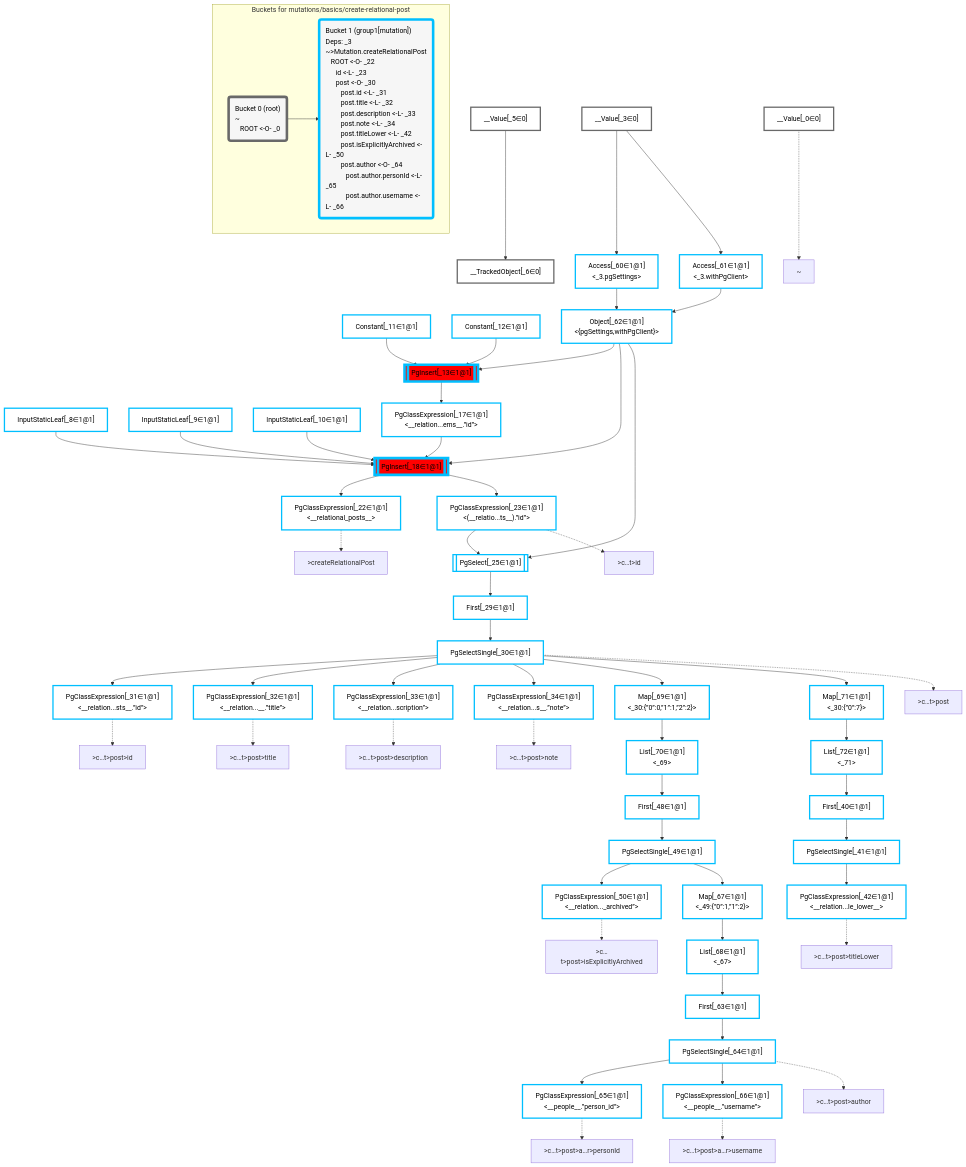
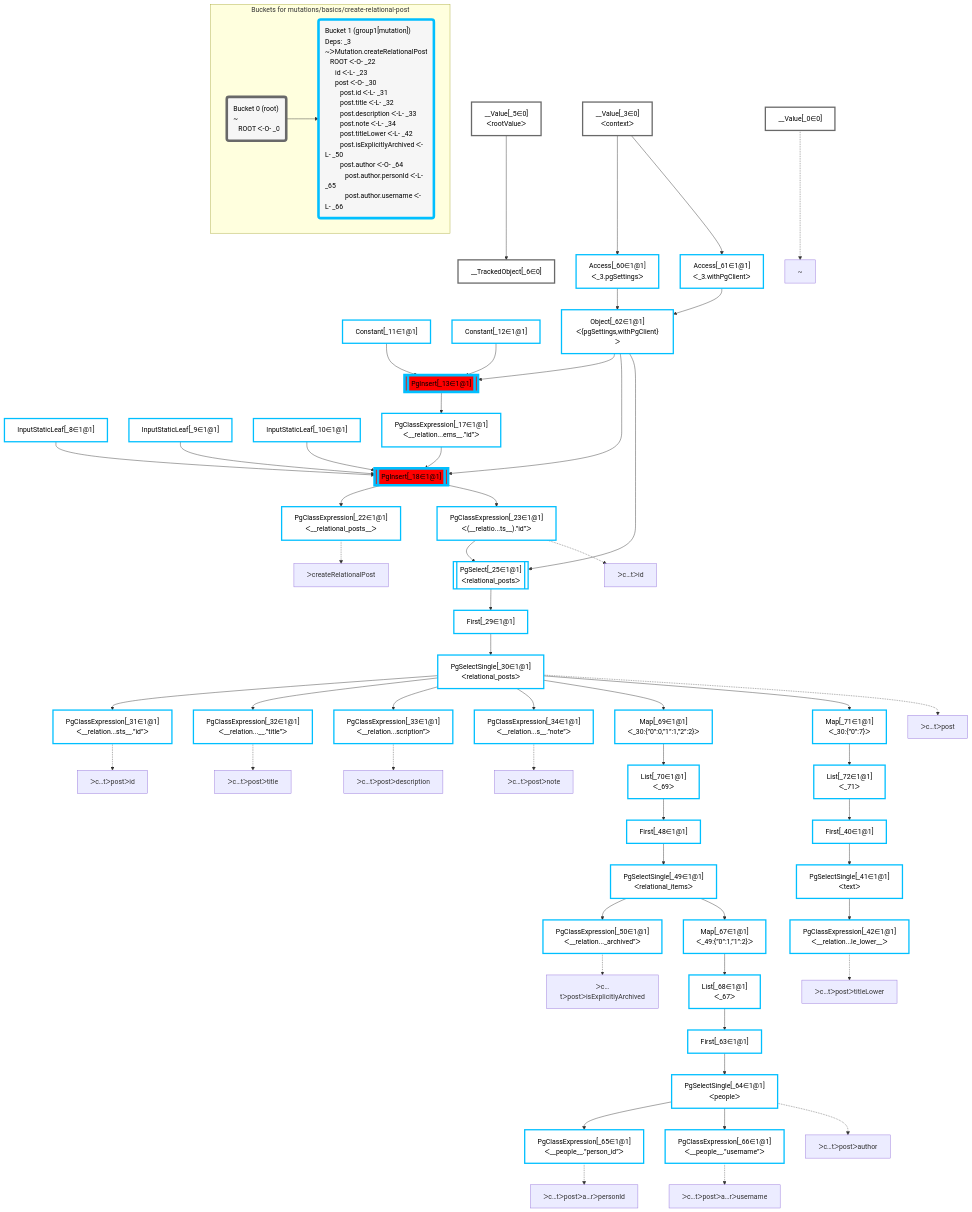
One commit to graphile/crystal changed the diagram in packages/dataplan-pg/__tests__/mutations/basics/create-relational-post.mermaid.md. Above: the diagram before and after it, drawn with Mermaid. The commit also changed 195 other files, not shown here.

```diff
--- a/packages/dataplan-pg/__tests__/mutations/basics/create-relational-post.mermaid.md
+++ b/packages/dataplan-pg/__tests__/mutations/basics/create-relational-post.mermaid.md
@@ -9,8 +9,8 @@
 
     %% define plans
     __Value_0["__Value[_0∈0]"]:::plan
-    __Value_3["__Value[_3∈0]<br /><context>"]:::plan
-    __Value_5["__Value[_5∈0]<br /><rootValue>"]:::plan
+    __Value_3["__Value[_3∈0]<br />ᐸcontextᐳ"]:::plan
+    __Value_5["__Value[_5∈0]<br />ᐸrootValueᐳ"]:::plan
     __TrackedObject_6["__TrackedObject[_6∈0]"]:::plan
     InputStaticLeaf_8["InputStaticLeaf[_8∈1@1]"]:::plan
     InputStaticLeaf_9["InputStaticLeaf[_9∈1@1]"]:::plan
@@ -18,36 +18,36 @@
     Constant_11["Constant[_11∈1@1]"]:::plan
     Constant_12["Constant[_12∈1@1]"]:::plan
     PgInsert_13[["PgInsert[_13∈1@1]"]]:::sideeffectplan
-    PgClassExpression_17["PgClassExpression[_17∈1@1]<br /><__relation...ems__.”id”>"]:::plan
+    PgClassExpression_17["PgClassExpression[_17∈1@1]<br />ᐸ__relation...ems__.”id”ᐳ"]:::plan
     PgInsert_18[["PgInsert[_18∈1@1]"]]:::sideeffectplan
-    PgClassExpression_22["PgClassExpression[_22∈1@1]<br /><__relational_posts__>"]:::plan
-    PgClassExpression_23["PgClassExpression[_23∈1@1]<br /><(__relatio...ts__).”id”>"]:::plan
-    PgSelect_25[["PgSelect[_25∈1@1]<br /><relational_posts>"]]:::plan
+    PgClassExpression_22["PgClassExpression[_22∈1@1]<br />ᐸ__relational_posts__ᐳ"]:::plan
+    PgClassExpression_23["PgClassExpression[_23∈1@1]<br />ᐸ(__relatio...ts__).”id”ᐳ"]:::plan
+    PgSelect_25[["PgSelect[_25∈1@1]<br />ᐸrelational_postsᐳ"]]:::plan
     First_29["First[_29∈1@1]"]:::plan
-    PgSelectSingle_30["PgSelectSingle[_30∈1@1]<br /><relational_posts>"]:::plan
-    PgClassExpression_31["PgClassExpression[_31∈1@1]<br /><__relation...sts__.”id”>"]:::plan
-    PgClassExpression_32["PgClassExpression[_32∈1@1]<br /><__relation...__.”title”>"]:::plan
-    PgClassExpression_33["PgClassExpression[_33∈1@1]<br /><__relation...scription”>"]:::plan
-    PgClassExpression_34["PgClassExpression[_34∈1@1]<br /><__relation...s__.”note”>"]:::plan
+    PgSelectSingle_30["PgSelectSingle[_30∈1@1]<br />ᐸrelational_postsᐳ"]:::plan
+    PgClassExpression_31["PgClassExpression[_31∈1@1]<br />ᐸ__relation...sts__.”id”ᐳ"]:::plan
+    PgClassExpression_32["PgClassExpression[_32∈1@1]<br />ᐸ__relation...__.”title”ᐳ"]:::plan
+    PgClassExpression_33["PgClassExpression[_33∈1@1]<br />ᐸ__relation...scription”ᐳ"]:::plan
+    PgClassExpression_34["PgClassExpression[_34∈1@1]<br />ᐸ__relation...s__.”note”ᐳ"]:::plan
     First_40["First[_40∈1@1]"]:::plan
-    PgSelectSingle_41["PgSelectSingle[_41∈1@1]<br /><text>"]:::plan
-    PgClassExpression_42["PgClassExpression[_42∈1@1]<br /><__relation...le_lower__>"]:::plan
+    PgSelectSingle_41["PgSelectSingle[_41∈1@1]<br />ᐸtextᐳ"]:::plan
+    PgClassExpression_42["PgClassExpression[_42∈1@1]<br />ᐸ__relation...le_lower__ᐳ"]:::plan
     First_48["First[_48∈1@1]"]:::plan
-    PgSelectSingle_49["PgSelectSingle[_49∈1@1]<br /><relational_items>"]:::plan
-    PgClassExpression_50["PgClassExpression[_50∈1@1]<br /><__relation..._archived”>"]:::plan
-    Access_60["Access[_60∈1@1]<br /><_3.pgSettings>"]:::plan
-    Access_61["Access[_61∈1@1]<br /><_3.withPgClient>"]:::plan
-    Object_62["Object[_62∈1@1]<br /><{pgSettings,withPgClient}>"]:::plan
+    PgSelectSingle_49["PgSelectSingle[_49∈1@1]<br />ᐸrelational_itemsᐳ"]:::plan
+    PgClassExpression_50["PgClassExpression[_50∈1@1]<br />ᐸ__relation..._archived”ᐳ"]:::plan
+    Access_60["Access[_60∈1@1]<br />ᐸ_3.pgSettingsᐳ"]:::plan
+    Access_61["Access[_61∈1@1]<br />ᐸ_3.withPgClientᐳ"]:::plan
+    Object_62["Object[_62∈1@1]<br />ᐸ{pgSettings,withPgClient}ᐳ"]:::plan
     First_63["First[_63∈1@1]"]:::plan
-    PgSelectSingle_64["PgSelectSingle[_64∈1@1]<br /><people>"]:::plan
-    PgClassExpression_65["PgClassExpression[_65∈1@1]<br /><__people__.”person_id”>"]:::plan
-    PgClassExpression_66["PgClassExpression[_66∈1@1]<br /><__people__.”username”>"]:::plan
-    Map_67["Map[_67∈1@1]<br /><_49:{”0”:1,”1”:2}>"]:::plan
-    List_68["List[_68∈1@1]<br /><_67>"]:::plan
-    Map_69["Map[_69∈1@1]<br /><_30:{”0”:0,”1”:1,”2”:2}>"]:::plan
-    List_70["List[_70∈1@1]<br /><_69>"]:::plan
-    Map_71["Map[_71∈1@1]<br /><_30:{”0”:7}>"]:::plan
-    List_72["List[_72∈1@1]<br /><_71>"]:::plan
+    PgSelectSingle_64["PgSelectSingle[_64∈1@1]<br />ᐸpeopleᐳ"]:::plan
+    PgClassExpression_65["PgClassExpression[_65∈1@1]<br />ᐸ__people__.”person_id”ᐳ"]:::plan
+    PgClassExpression_66["PgClassExpression[_66∈1@1]<br />ᐸ__people__.”username”ᐳ"]:::plan
+    Map_67["Map[_67∈1@1]<br />ᐸ_49:{”0”:1,”1”:2}ᐳ"]:::plan
+    List_68["List[_68∈1@1]<br />ᐸ_67ᐳ"]:::plan
+    Map_69["Map[_69∈1@1]<br />ᐸ_30:{”0”:0,”1”:1,”2”:2}ᐳ"]:::plan
+    List_70["List[_70∈1@1]<br />ᐸ_69ᐳ"]:::plan
+    Map_71["Map[_71∈1@1]<br />ᐸ_30:{”0”:7}ᐳ"]:::plan
+    List_72["List[_72∈1@1]<br />ᐸ_71ᐳ"]:::plan
 
     %% plan dependencies
     __Value_5 --> __TrackedObject_6
@@ -94,29 +94,29 @@
     %% plan-to-path relationships
     P_0["~"]
     __Value_0 -.-> P_0
-    P_22[">createRelationalPost"]
+    P_22["ᐳcreateRelationalPost"]
     PgClassExpression_22 -.-> P_22
-    P_23[">c…t>id"]
+    P_23["ᐳc…tᐳid"]
     PgClassExpression_23 -.-> P_23
-    P_30[">c…t>post"]
+    P_30["ᐳc…tᐳpost"]
     PgSelectSingle_30 -.-> P_30
-    P_31[">c…t>post>id"]
+    P_31["ᐳc…tᐳpostᐳid"]
     PgClassExpression_31 -.-> P_31
-    P_32[">c…t>post>title"]
+    P_32["ᐳc…tᐳpostᐳtitle"]
     PgClassExpression_32 -.-> P_32
-    P_33[">c…t>post>description"]
+    P_33["ᐳc…tᐳpostᐳdescription"]
     PgClassExpression_33 -.-> P_33
-    P_34[">c…t>post>note"]
+    P_34["ᐳc…tᐳpostᐳnote"]
     PgClassExpression_34 -.-> P_34
-    P_42[">c…t>post>titleLower"]
+    P_42["ᐳc…tᐳpostᐳtitleLower"]
     PgClassExpression_42 -.-> P_42
-    P_50[">c…t>post>isExplicitlyArchived"]
+    P_50["ᐳc…tᐳpostᐳisExplicitlyArchived"]
     PgClassExpression_50 -.-> P_50
-    P_64[">c…t>post>author"]
+    P_64["ᐳc…tᐳpostᐳauthor"]
     PgSelectSingle_64 -.-> P_64
-    P_65[">c…t>post>a…r>personId"]
+    P_65["ᐳc…tᐳpostᐳa…rᐳpersonId"]
     PgClassExpression_65 -.-> P_65
-    P_66[">c…t>post>a…r>username"]
+    P_66["ᐳc…tᐳpostᐳa…rᐳusername"]
     PgClassExpression_66 -.-> P_66
 
     %% allocate buckets
@@ -126,9 +126,9 @@
     class InputStaticLeaf_8,InputStaticLeaf_9,InputStaticLeaf_10,Constant_11,Constant_12,PgInsert_13,PgClassExpression_17,PgInsert_18,PgClassExpression_22,PgClassExpression_23,PgSelect_25,First_29,PgSelectSingle_30,PgClassExpression_31,PgClassExpression_32,PgClassExpression_33,PgClassExpression_34,First_40,PgSelectSingle_41,PgClassExpression_42,First_48,PgSelectSingle_49,PgClassExpression_50,Access_60,Access_61,Object_62,First_63,PgSelectSingle_64,PgClassExpression_65,PgClassExpression_66,Map_67,List_68,Map_69,List_70,Map_71,List_72 bucket1
 
     subgraph "Buckets for mutations/basics/create-relational-post"
-    Bucket0("Bucket 0 (root)<br />~<br />⠀ROOT <-O- _0"):::bucket
+    Bucket0("Bucket 0 (root)<br />~<br />⠀ROOT ᐸ-O- _0"):::bucket
     style Bucket0 stroke:#696969
-    Bucket1("Bucket 1 (group1[mutation])<br />Deps: _3<br />~>Mutation.createRelationalPost<br />⠀ROOT <-O- _22<br />⠀⠀id <-L- _23<br />⠀⠀post <-O- _30<br />⠀⠀⠀post.id <-L- _31<br />⠀⠀⠀post.title <-L- _32<br />⠀⠀⠀post.description <-L- _33<br />⠀⠀⠀post.note <-L- _34<br />⠀⠀⠀post.titleLower <-L- _42<br />⠀⠀⠀post.isExplicitlyArchived <-L- _50<br />⠀⠀⠀post.author <-O- _64<br />⠀⠀⠀⠀post.author.personId <-L- _65<br />⠀⠀⠀⠀post.author.username <-L- _66"):::bucket
+    Bucket1("Bucket 1 (group1[mutation])<br />Deps: _3<br />~ᐳMutation.createRelationalPost<br />⠀ROOT ᐸ-O- _22<br />⠀⠀id ᐸ-L- _23<br />⠀⠀post ᐸ-O- _30<br />⠀⠀⠀post.id ᐸ-L- _31<br />⠀⠀⠀post.title ᐸ-L- _32<br />⠀⠀⠀post.description ᐸ-L- _33<br />⠀⠀⠀post.note ᐸ-L- _34<br />⠀⠀⠀post.titleLower ᐸ-L- _42<br />⠀⠀⠀post.isExplicitlyArchived ᐸ-L- _50<br />⠀⠀⠀post.author ᐸ-O- _64<br />⠀⠀⠀⠀post.author.personId ᐸ-L- _65<br />⠀⠀⠀⠀post.author.username ᐸ-L- _66"):::bucket
     style Bucket1 stroke:#00bfff
     Bucket0 --> Bucket1
     end
```
